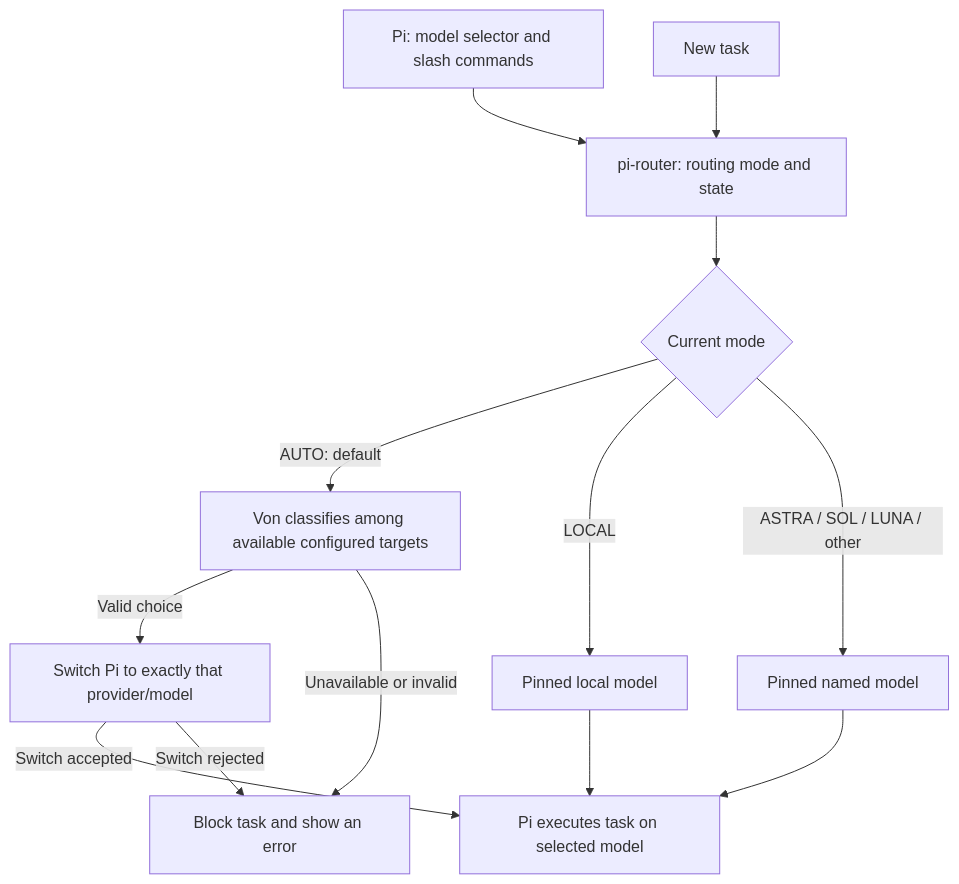
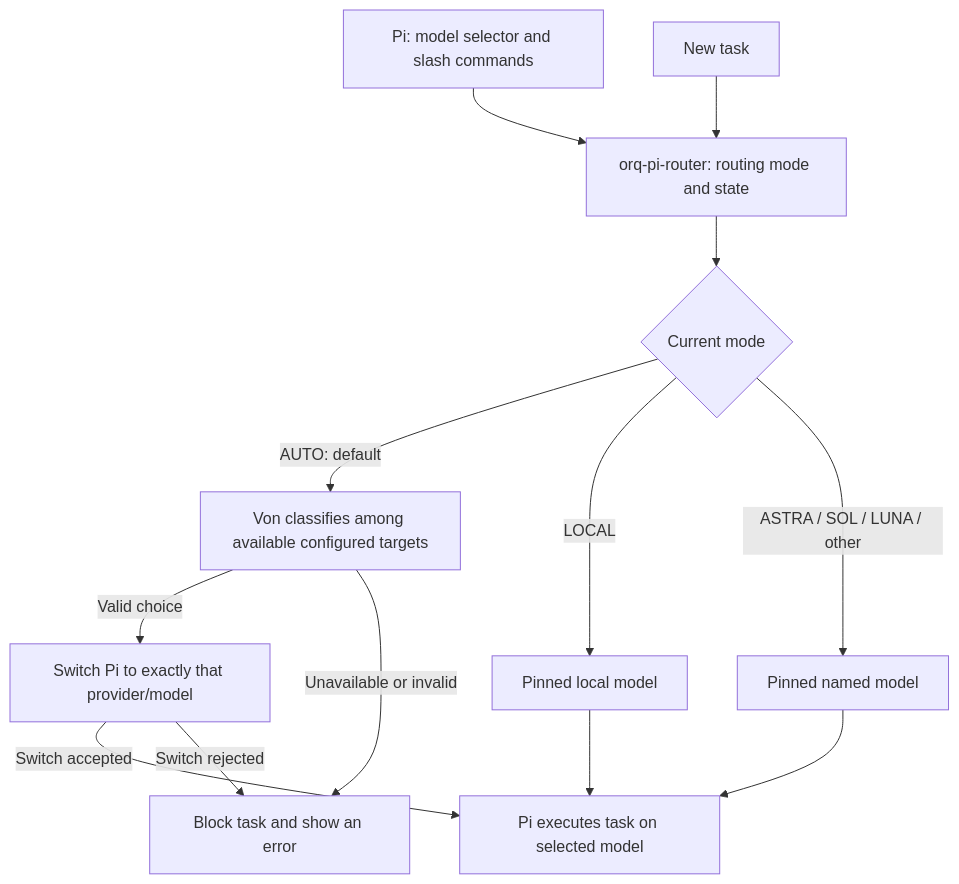
Before and after one commit to orq0/orq-pi-router: the first of 5 diagrams in README.md, drawn with Mermaid. The commit also changed other lines of this file and 2 other files, not shown here.

Commit message:
Correct project name to orq-pi-router

````diff
--- a/README.md
+++ b/README.md
@@ -17,15 +17,15 @@
 ```mermaid
 flowchart TD
-    PI[Pi: model selector and slash commands] --> R[pi-router: routing mode and state]
+    PI[Pi: model selector and slash commands] --> R[orq-pi-router: routing mode and state]
     T[New task] --> R
     R --> M{Current mode}
     M -->|AUTO: default| V[Von classifies among available configured targets]
     V -->|Valid choice| S[Switch Pi to exactly that provider/model]
     V -->|Unavailable or invalid| B[Block task and show an error]
     S -->|Switch accepted| E[Pi executes task on selected model]
     S -->|Switch rejected| B
     M -->|LOCAL| L[Pinned local model]
     M -->|ASTRA / SOL / LUNA / other| P[Pinned named model]
     L --> E
     P --> E
 ```
````
